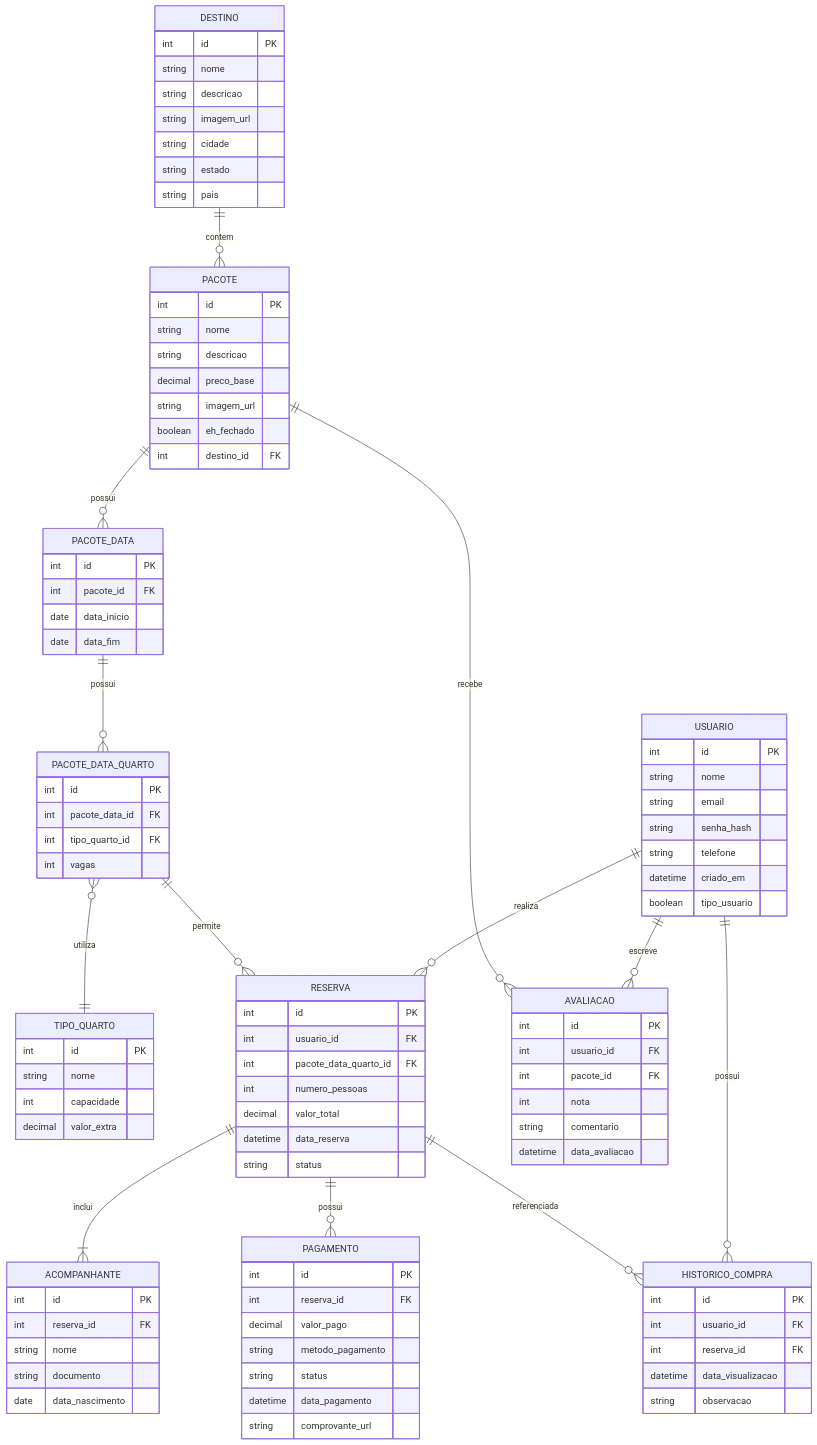
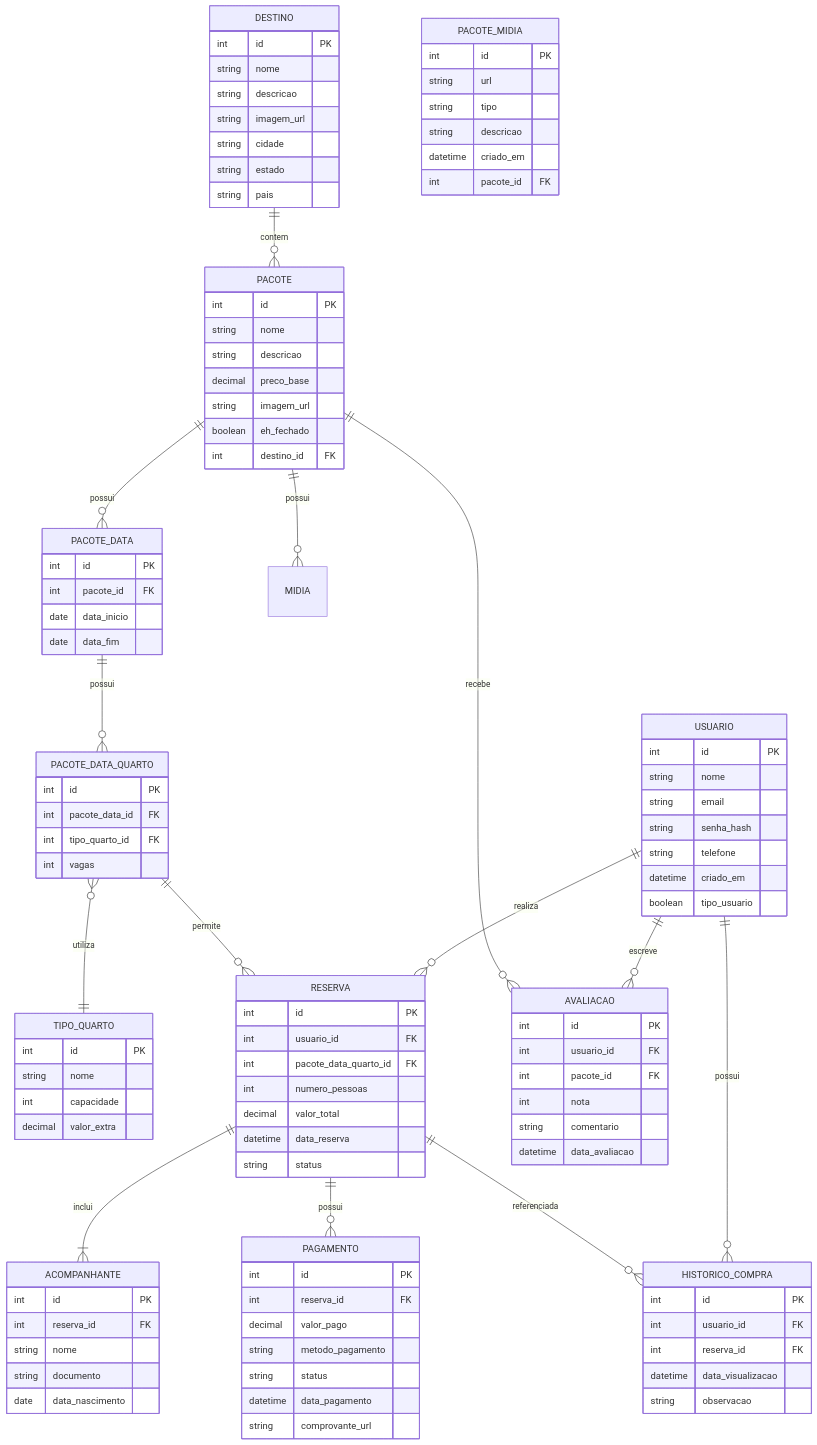
The diagram in README.md (Viaggia/viaggia-server), drawn with Mermaid before and after one commit.

```diff
--- a/README.md
+++ b/README.md
@@ -107,6 +107,15 @@
   int pacote_id FK
   date data_inicio
   date data_fim
+}
+
+PACOTE_MIDIA {
+  int id PK
+  string url
+  string tipo
+  string descricao
+  datetime criado_em
+  int pacote_id FK
 }
 
 TIPO_QUARTO {
@@ -180,6 +189,7 @@
 
 PACOTE_DATA ||--o{ PACOTE_DATA_QUARTO : possui
 PACOTE_DATA_QUARTO }o--|| TIPO_QUARTO : utiliza
+PACOTE ||--o{ MIDIA : possui
 
 PACOTE_DATA_QUARTO ||--o{ RESERVA : permite
 
```
